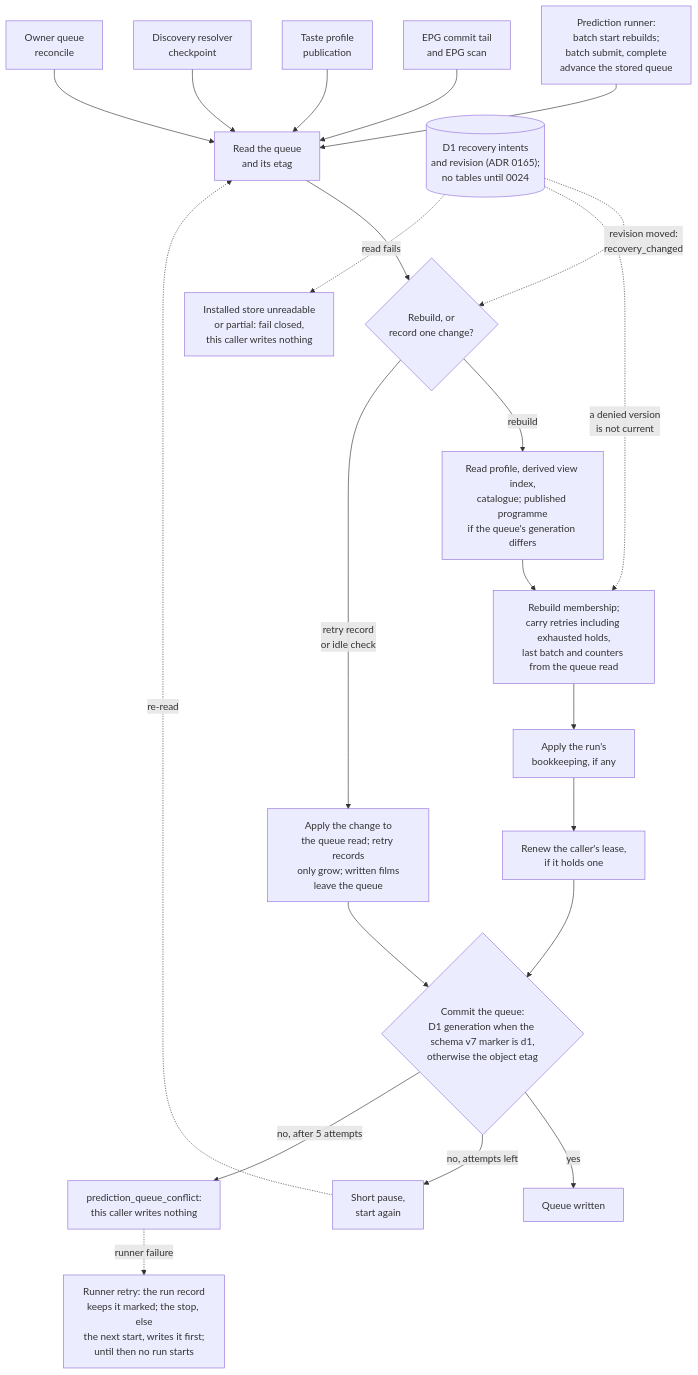
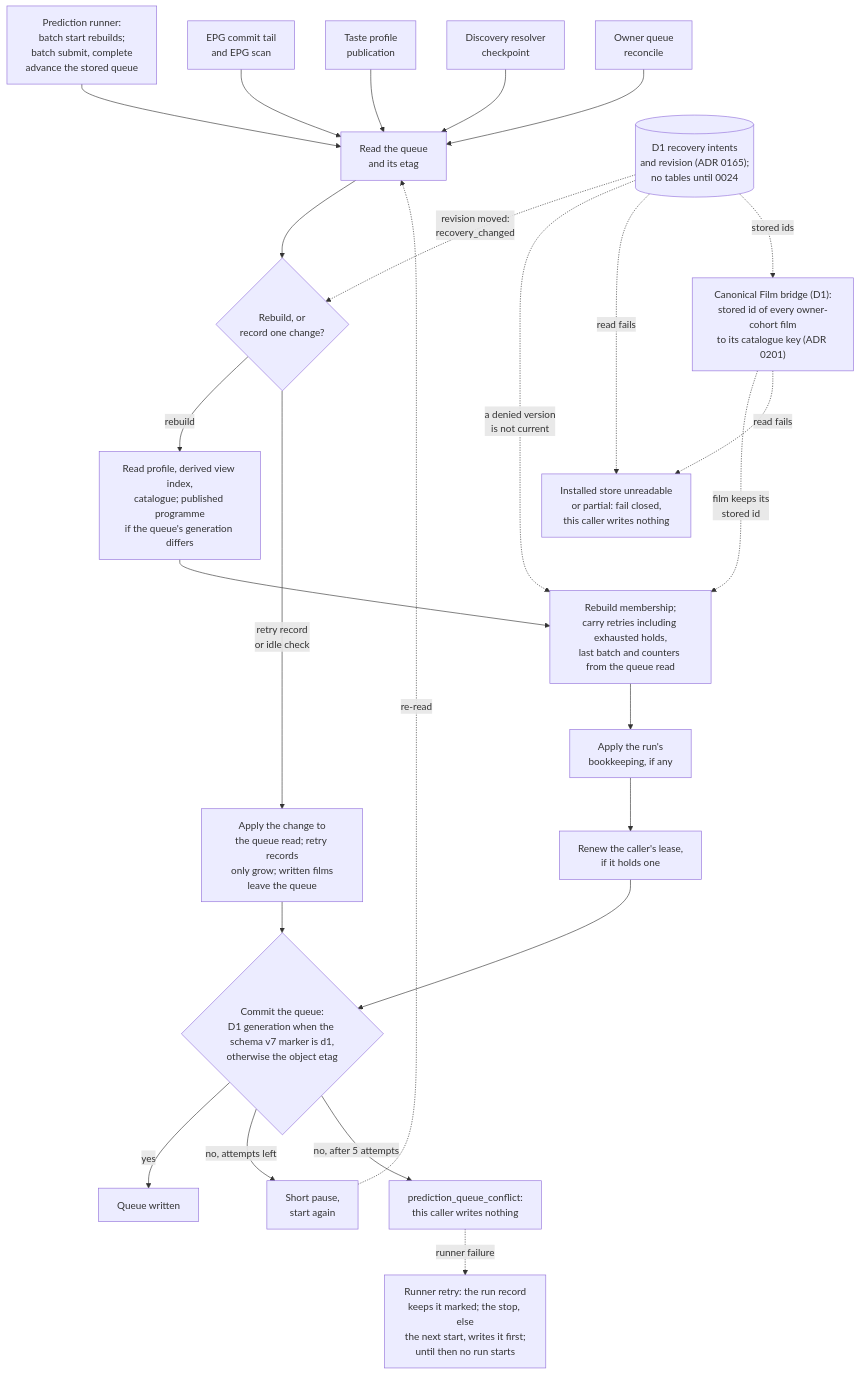
Before and after one commit to vladimino/iptv-watchlist: the fourth of 4 diagrams in docs/architecture/prediction-pipeline.md, drawn with Mermaid. The commit also changed other lines of this file and 7 other files, not shown here.

First line of the commit message:
feat(predictions): accept ADR 0201 and recover stored Letterboxd IDs (#921)

````diff
--- a/docs/architecture/prediction-pipeline.md
+++ b/docs/architecture/prediction-pipeline.md
@@ -183,43 +183,47 @@
 ```mermaid
 flowchart TD
     runner["Prediction runner:<br/>batch start rebuilds;<br/>batch submit, complete<br/>advance the stored queue"]
     epg["EPG commit tail<br/>and EPG scan"]
     profile["Taste profile<br/>publication"]
     resolver["Discovery resolver<br/>checkpoint"]
     reconcile["Owner queue<br/>reconcile"]
     read["Read the queue<br/>and its etag"]
     kind{"Rebuild, or<br/>record one change?"}
     inputs["Read profile, derived view index,<br/>catalogue; published programme<br/>if the queue's generation differs"]
     build["Rebuild membership;<br/>carry retries including exhausted holds,<br/>last batch and counters from the queue read"]
     amend["Apply the run's<br/>bookkeeping, if any"]
     change["Apply the change to<br/>the queue read; retry records<br/>only grow; written films<br/>leave the queue"]
     fence["Renew the caller's lease,<br/>if it holds one"]
     put{"Commit the queue:<br/>D1 generation when the schema v7 marker is d1,<br/>otherwise the object etag"}
     done["Queue written"]
     again["Short pause,<br/>start again"]
     conflict["prediction_queue_conflict:<br/>this caller writes nothing"]
     marked["Runner retry: the run record<br/>keeps it marked; the stop, else<br/>the next start, writes it first;<br/>until then no run starts"]
     intents[("D1 recovery intents<br/>and revision (ADR 0165);<br/>no tables until 0024")]
     closed["Installed store unreadable<br/>or partial: fail closed,<br/>this caller writes nothing"]
+    bridge["Canonical Film bridge (D1):<br/>stored id of every owner-cohort film<br/>to its catalogue key (ADR 0201)"]
     runner --> read
     epg --> read
     profile --> read
     resolver --> read
     reconcile --> read
     read --> kind
     kind -->|rebuild| inputs
     inputs --> build
     build --> amend
     amend --> fence
     fence --> put
     kind -->|retry record<br/>or idle check| change
     change --> put
     put -->|yes| done
     put -->|no, attempts left| again
     again -.->|re-read| read
     put -->|no, after 5 attempts| conflict
     conflict -.->|runner failure| marked
     intents -.->|revision moved:<br/>recovery_changed| kind
     intents -.->|a denied version<br/>is not current| build
     intents -.->|read fails| closed
+    intents -.->|stored ids| bridge
+    bridge -.->|film keeps its<br/>stored id| build
+    bridge -.->|read fails| closed
 ```
````
